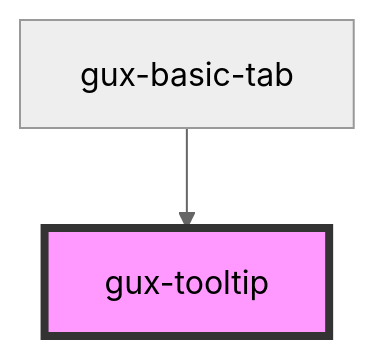
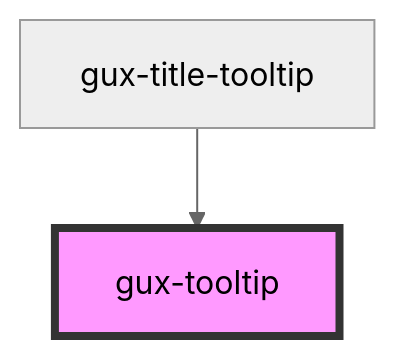
One commit to Retsam/genesys-webcomponents changed the diagram in src/components/stable/gux-tooltip/readme.md. Above: the diagram before and after it, drawn with Mermaid (neutral theme). The commit also changed other lines of this file and 7 other files, not shown here.

Commit message:
chore(gux-basic-tabs): added new component to handle tooltips in tabs

````diff
--- a/src/components/stable/gux-tooltip/readme.md
+++ b/src/components/stable/gux-tooltip/readme.md
@@ -47,5 +47,5 @@
 ```mermaid
 graph TD;
-  gux-basic-tab --> gux-tooltip
+  gux-title-tooltip --> gux-tooltip
   style gux-tooltip fill:#f9f,stroke:#333,stroke-width:4px
 ```
````
